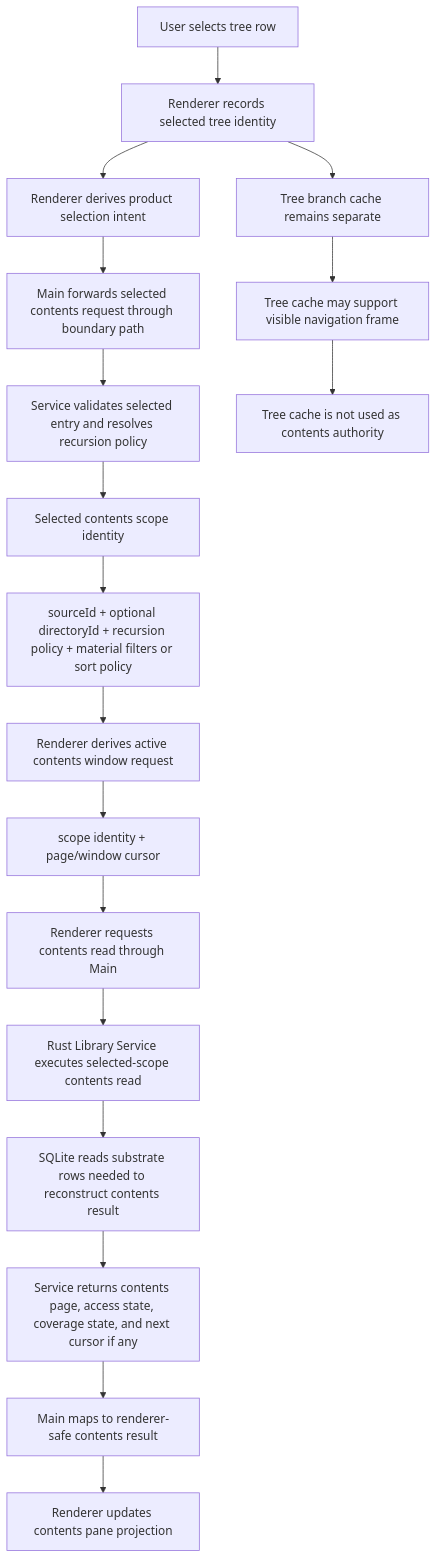
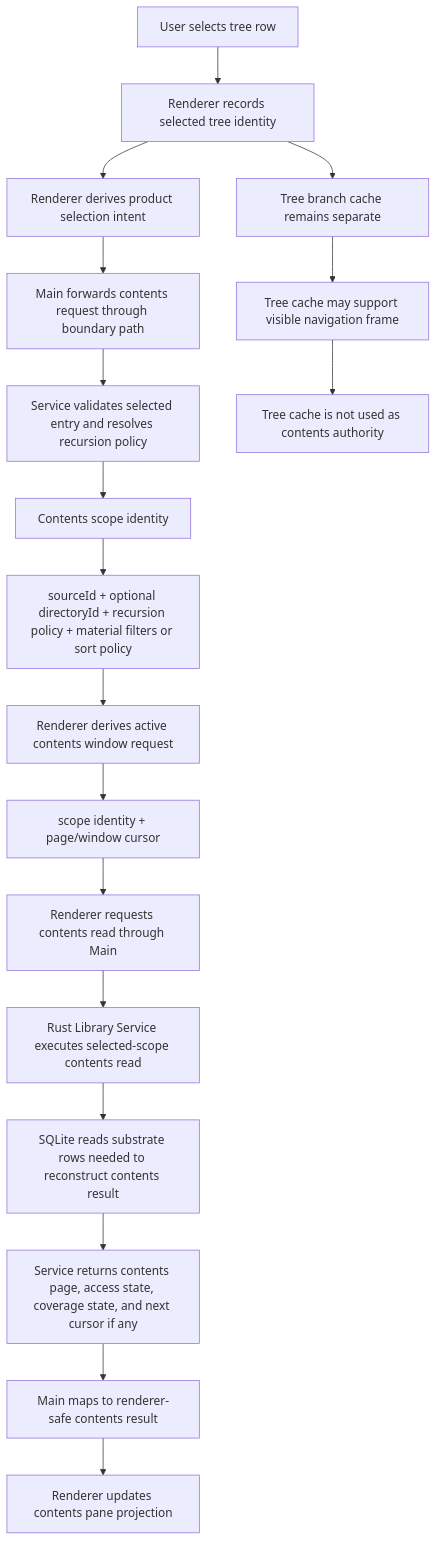
The sixth of 14 diagrams in docs/library/library-substrate-e2e-flow-diagrams.md (maikeleckelboom/dekzer-legacy), drawn with Mermaid before and after one commit. The commit also changed other lines of this file and 17 other files, not shown here.

````diff
--- a/docs/library/library-substrate-e2e-flow-diagrams.md
+++ b/docs/library/library-substrate-e2e-flow-diagrams.md
@@ -412,20 +412,20 @@
 ```mermaid
 flowchart TD
   A["User selects tree row"] --> B["Renderer records selected tree identity"]
   B --> C["Renderer derives product selection intent"]
-  C --> D["Main forwards selected contents request through boundary path"]
+  C --> D["Main forwards contents request through boundary path"]
   D --> E["Service validates selected entry and resolves recursion policy"]
-  E --> F["Selected contents scope identity"]
+  E --> F["Contents scope identity"]
   F --> G["sourceId + optional directoryId + recursion policy + material filters or sort policy"]
   G --> H["Renderer derives active contents window request"]
   H --> I["scope identity + page/window cursor"]
   I --> J["Renderer requests contents read through Main"]
   J --> K["Rust Library Service executes selected-scope contents read"]
   K --> L["SQLite reads substrate rows needed to reconstruct contents result"]
   L --> M["Service returns contents page, access state, coverage state, and next cursor if any"]
   M --> N["Main maps to renderer-safe contents result"]
   N --> O["Renderer updates contents pane projection"]
   B --> P["Tree branch cache remains separate"]
   P --> Q["Tree cache may support visible navigation frame"]
   Q --> R["Tree cache is not used as contents authority"]
 ```
````
